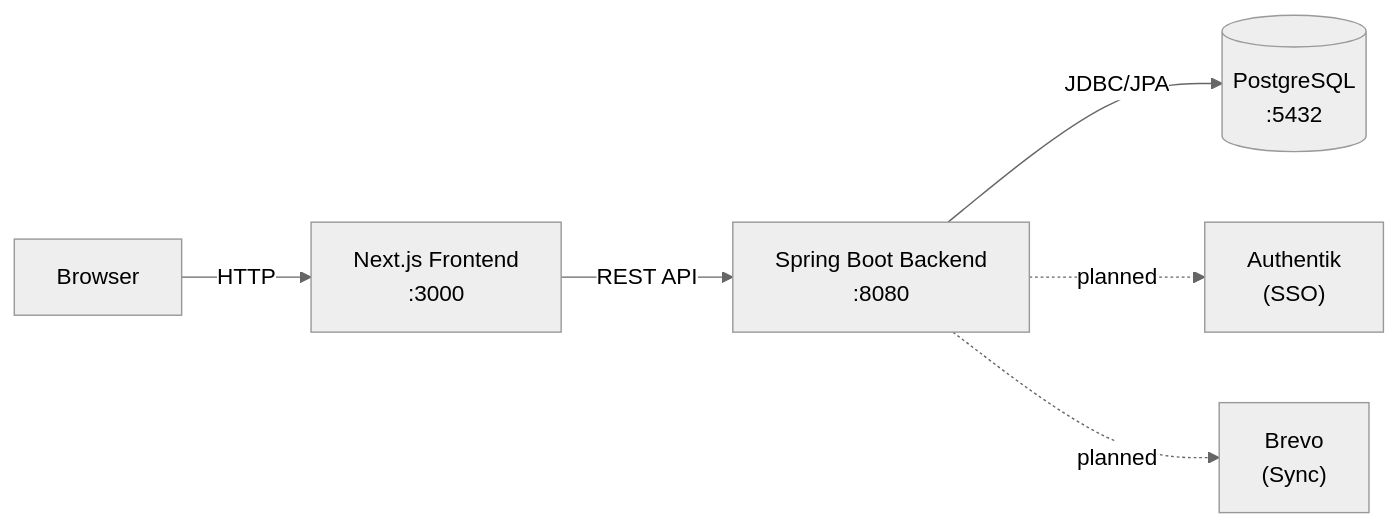
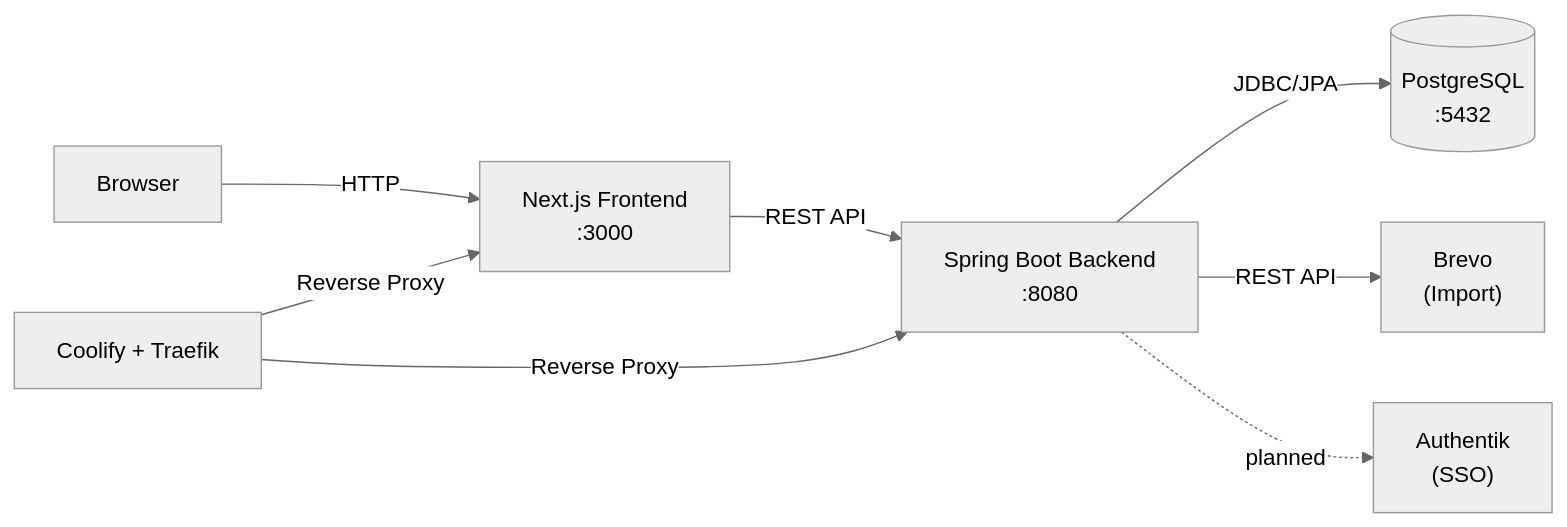
The first of 2 diagrams in .claude/conventions/project-specific/project-architecture.md (OpenElementsLabs/open-crm), drawn with Mermaid (neutral theme) before and after one commit. The commit also changed other lines of this file and 3 other files, not shown here.

````diff
--- a/.claude/conventions/project-specific/project-architecture.md
+++ b/.claude/conventions/project-specific/project-architecture.md
@@ -17,8 +20,10 @@
 ```mermaid
 graph LR
     Browser["Browser"] -->|HTTP| Frontend["Next.js Frontend<br/>:3000"]
     Frontend -->|REST API| Backend["Spring Boot Backend<br/>:8080"]
     Backend -->|JDBC/JPA| DB[("PostgreSQL<br/>:5432")]
+    Backend -->|REST API| Brevo["Brevo<br/>(Import)"]
     Backend -.->|planned| Authentik["Authentik<br/>(SSO)"]
-    Backend -.->|planned| Brevo["Brevo<br/>(Sync)"]
+    Coolify["Coolify + Traefik"] -->|Reverse Proxy| Frontend
+    Coolify -->|Reverse Proxy| Backend
 ```
````
